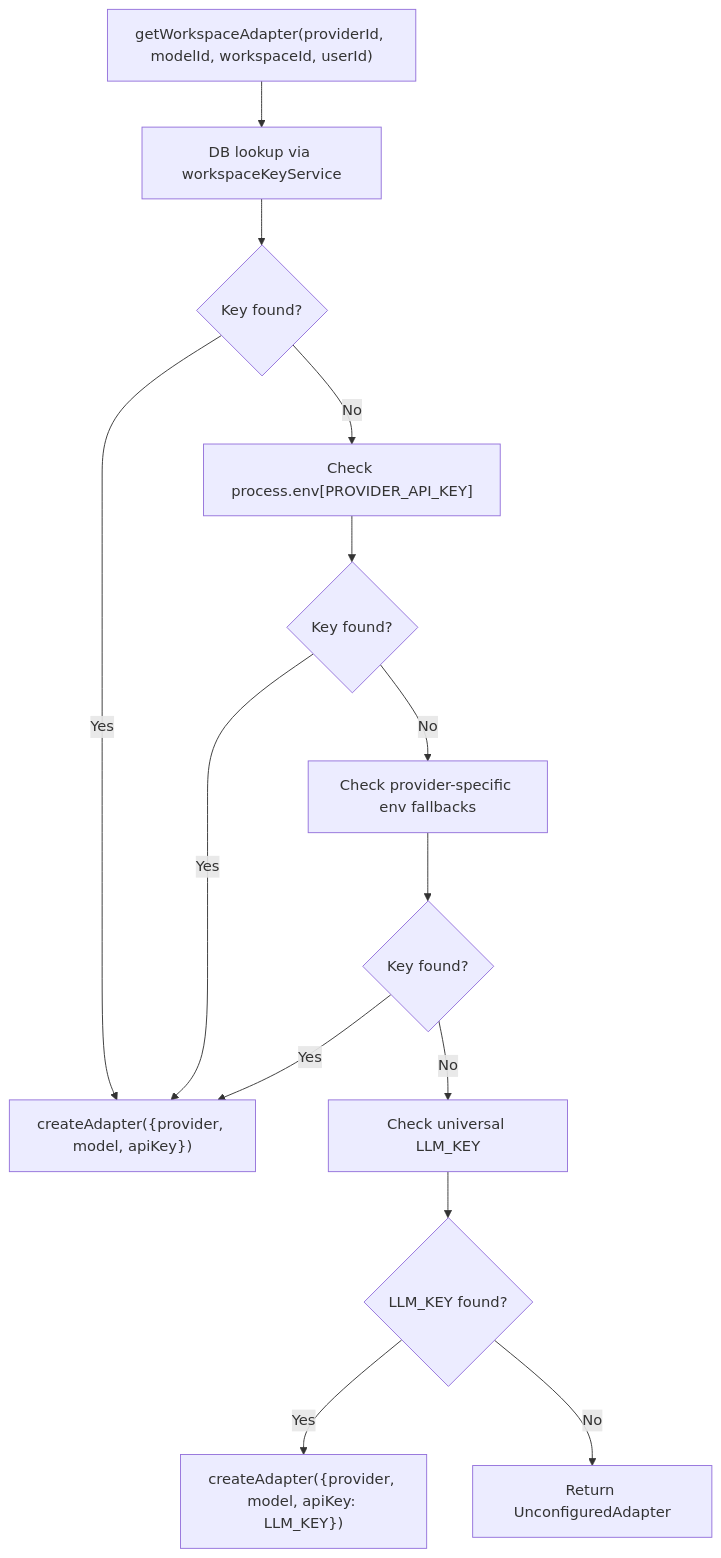
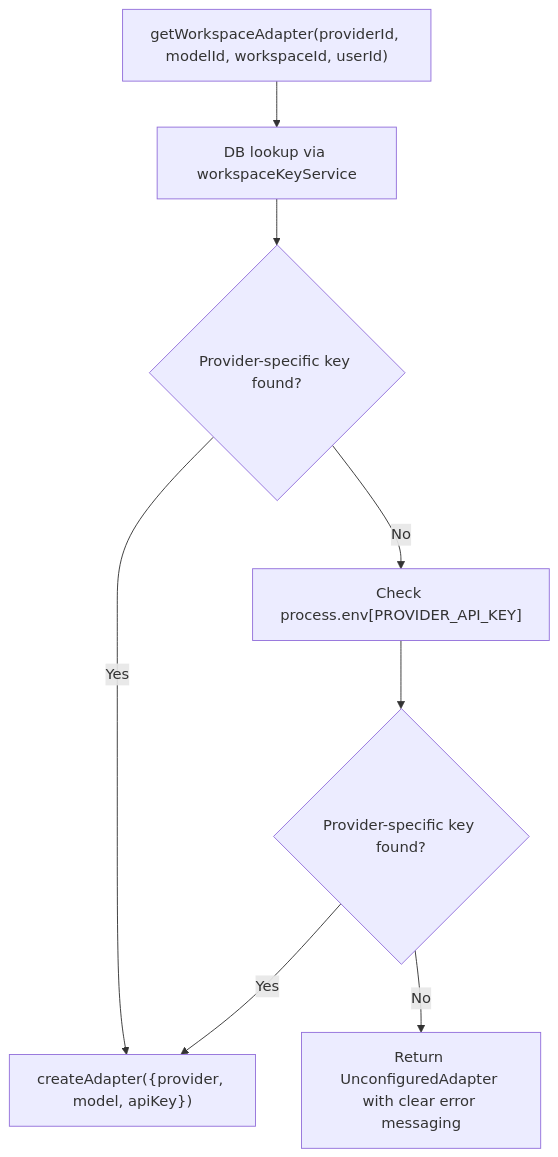
Before and after one commit to shekhargiri005-dotcom/AI-powered-accessibility-first-UI-engine: the fifth of 10 diagrams in .qoder/repowiki/en/content/Architecture & Design/Layered Architecture/Business Logic Layer/AI Provider Adapter System.md, drawn with Mermaid. The commit also changed other lines of this file and 20 other files, not shown here.

Commit message:
Remove Vision check/Final Round - unused, saves API costs and pipeline time

````diff
--- a/.qoder/repowiki/en/content/Architecture & Design/Layered Architecture/Business Logic Layer/AI Provider Adapter System.md
+++ b/.qoder/repowiki/en/content/Architecture & Design/Layered Architecture/Business Logic Layer/AI Provider Adapter System.md
@@ -281,16 +273,10 @@
 ```mermaid
 flowchart TD
 A["getWorkspaceAdapter(providerId, modelId, workspaceId, userId)"] --> B["DB lookup via workspaceKeyService"]
-B --> C{"Key found?"}
+B --> C{"Provider-specific key found?"}
 C -- Yes --> D["createAdapter({provider, model, apiKey})"]
 C -- No --> E["Check process.env[PROVIDER_API_KEY]"]
-E --> F{"Key found?"}
+E --> F{"Provider-specific key found?"}
 F -- Yes --> D
-F -- No --> G["Check provider-specific env fallbacks"]
-G --> H{"Key found?"}
-H -- Yes --> D
-H -- No --> I["Check universal LLM_KEY"]
-I --> J{"LLM_KEY found?"}
-J -- Yes --> K["createAdapter({provider, model, apiKey: LLM_KEY})"]
-J -- No --> O["Return UnconfiguredAdapter"]
+F -- No --> G["Return UnconfiguredAdapter with clear error messaging"]
 ```
````
